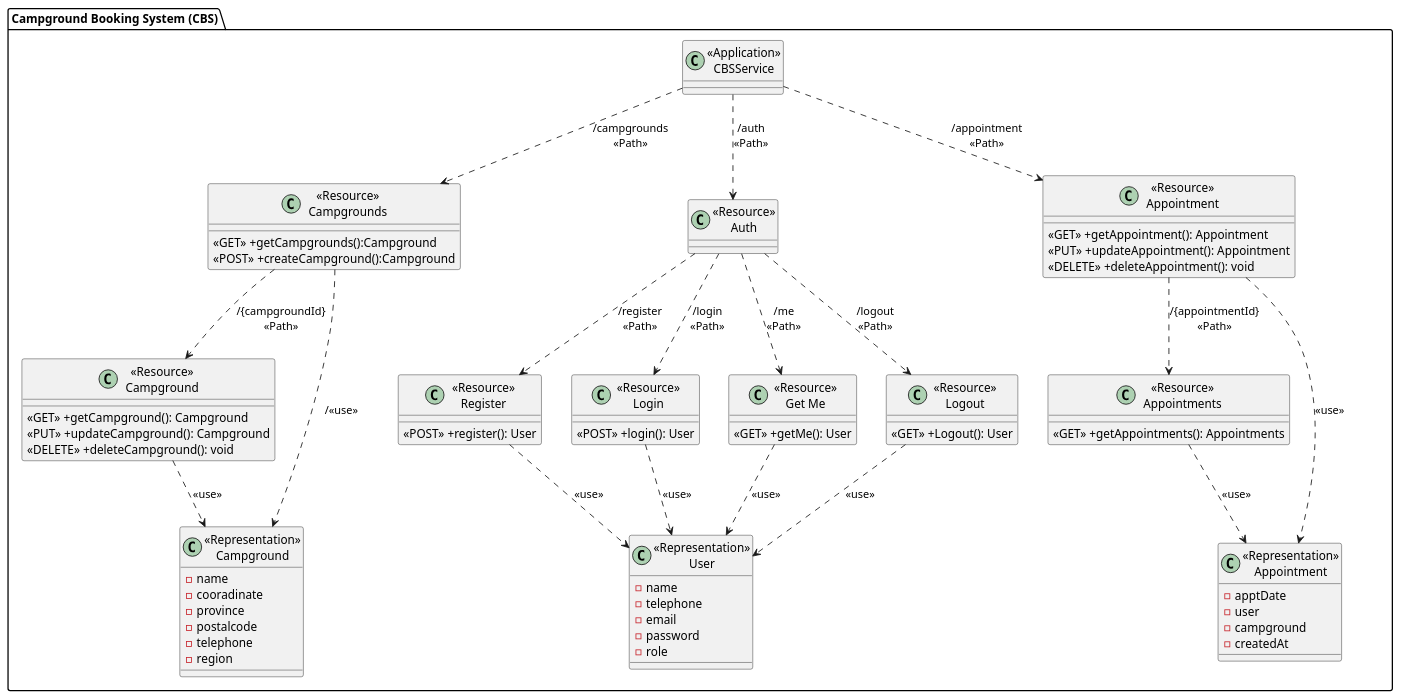
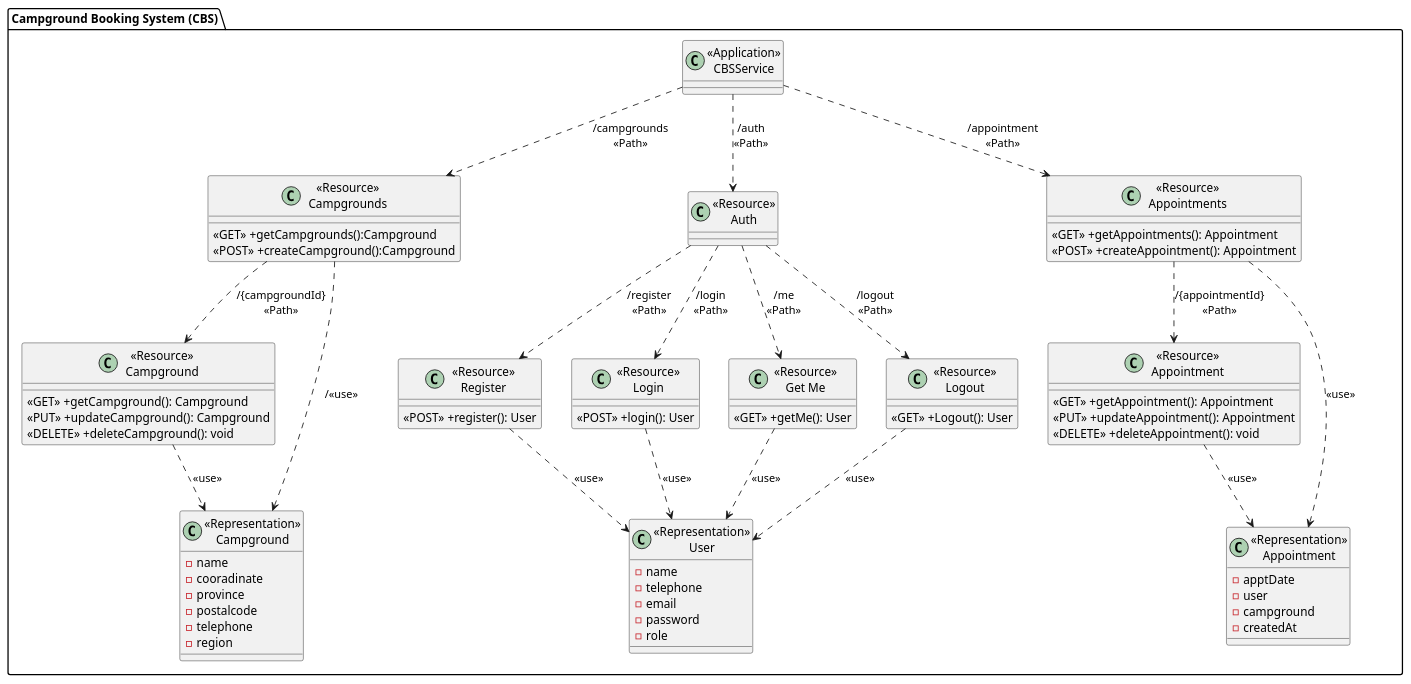
The diagram in diagram/Class diagram/CampgroundClass.puml (FaiiFaiipuipui/CEDT_Y1T2_backend-campgroundbooking), drawn with PlantUML before and after one commit.

Commit message:
Midify class diagram

```diff
--- a/diagram/Class diagram/CampgroundClass.puml
+++ b/diagram/Class diagram/CampgroundClass.puml
@@ -1,91 +1,92 @@
 @startuml Campground Booking System (CBS)
 
 package "Campground Booking System (CBS)"{
     class "<<Application>>\nCBSService" as CBSService{}
 
     class "<<Resource>>\nCampgrounds" as ResourceCampgrounds{
         <<GET>> +getCampgrounds():Campground
         <<POST>> +createCampground():Campground
     }
 
     class "<<Resource>>\nCampground" as ResourceCampground {
         <<GET>> +getCampground(): Campground
         <<PUT>> +updateCampground(): Campground
         <<DELETE>> +deleteCampground(): void
     }
 
     class "<<Representation>>\nCampground" as RepresentationCampground {
         -name
         -cooradinate
         -province
         -postalcode
         -telephone
         -region
     }
 
     class "<<Resource>>\nAuth" as ResourceAuth{
         
     }
 
     class "<<Resource>>\nRegister" as RegisterService {
         <<POST>> +register(): User
     }
 
     class "<<Resource>>\nLogin" as LoginService {
         <<POST>> +login(): User
     }
 
     class "<<Resource>>\nGet Me" as GetMeService {
         <<GET>> +getMe(): User
     }
     class "<<Resource>>\nLogout" as LogoutService {
         <<GET>> +Logout(): User
     }
 
     class "<<Representation>>\nUser" as RepresentationUser {
         -name
         -telephone
         -email
         -password
         -role
     }
 
     class "<<Resource>>\nAppointments" as ResourceAppointments{
-        <<GET>> +getAppointments(): Appointments
+        <<GET>> +getAppointments(): Appointment
+        <<POST>> +createAppointment(): Appointment
     }
 
     class "<<Resource>>\nAppointment" as ResourceAppointment{
         <<GET>> +getAppointment(): Appointment
         <<PUT>> +updateAppointment(): Appointment
         <<DELETE>> +deleteAppointment(): void
     }
 
     class "<<Representation>>\nAppointment" as RepresentationAppointment {
         -apptDate
         -user
         -campground
         -createdAt
     }
 }
 
 CBSService ..> ResourceCampgrounds:"/campgrounds\n<<Path>>"
 ResourceCampgrounds ..> ResourceCampground: "/{campgroundId}\n<<Path>>"
 ResourceCampgrounds ..> RepresentationCampground: "/<<use>>"
 ResourceCampground ..> RepresentationCampground: "<<use>>"
 
 CBSService ..> ResourceAuth:"/auth\n<<Path>>"
 ResourceAuth ..> RegisterService: "/register\n<<Path>>"
 ResourceAuth ..> LoginService: "/login\n<<Path>>"
 ResourceAuth ..> GetMeService: "/me\n<<Path>>"
 ResourceAuth ..> LogoutService: "/logout\n<<Path>>"
 RegisterService ..> RepresentationUser: "<<use>>"
 LoginService ..> RepresentationUser: "<<use>>"
 GetMeService ..> RepresentationUser: "<<use>>"
 LogoutService ..> RepresentationUser: "<<use>>"
 
-CBSService ..> ResourceAppointment: "/appointment\n<<Path>>"
-ResourceAppointment ..> ResourceAppointments: "/{appointmentId}\n<<Path>>"
+CBSService ..> ResourceAppointments: "/appointment\n<<Path>>"
+ResourceAppointments ..> ResourceAppointment: "/{appointmentId}\n<<Path>>"
 ResourceAppointment ..> RepresentationAppointment: "<<use>>"
 ResourceAppointments ..> RepresentationAppointment: "<<use>>"
 
 @enduml
```
